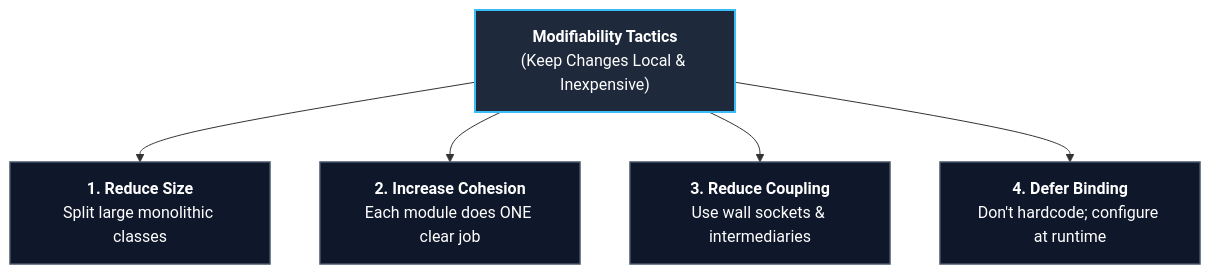
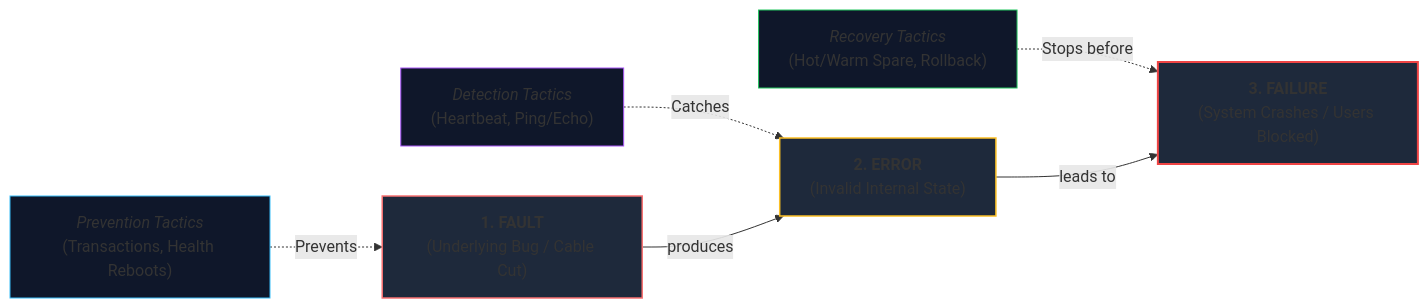
The second of 2 diagrams in Software Architectures/Lecture 2/Lecture_02_Notes.md (shreyash2601/bits-notes), drawn with Mermaid before and after one commit. The commit also changed other lines of this file and 31 other files, not shown here.

````diff
--- a/Software Architectures/Lecture 2/Lecture_02_Notes.md
+++ b/Software Architectures/Lecture 2/Lecture_02_Notes.md
@@ -487,15 +212,20 @@
 ```mermaid
-graph TD
-    MOD["<b>Modifiability Tactics</b><br/>(Keep Changes Local & Inexpensive)"]
+flowchart LR
+    FAULT["<b>1. FAULT</b><br/>(Underlying Bug / Cable Cut)"]
+    ERROR["<b>2. ERROR</b><br/>(Invalid Internal State)"]
+    FAILURE["<b>3. FAILURE</b><br/>(System Crashes / Users Blocked)"]
 
-    MOD --> SIZ["<b>1. Reduce Size</b><br/>Split large monolithic classes"]
-    MOD --> COH["<b>2. Increase Cohesion</b><br/>Each module does ONE clear job"]
-    MOD --> CPL["<b>3. Reduce Coupling</b><br/>Use wall sockets & intermediaries"]
-    MOD --> DEF["<b>4. Defer Binding</b><br/>Don't hardcode; configure at runtime"]
+    PREVENT["<i>Prevention Tactics</i><br/>(Transactions, Health Reboots)"] -.->|Prevents| FAULT
+    DETECT["<i>Detection Tactics</i><br/>(Heartbeat, Ping/Echo)"] -.->|Catches| ERROR
+    RECOVER["<i>Recovery Tactics</i><br/>(Hot/Warm Spare, Rollback)"] -.->|Stops before| FAILURE
 
-    style MOD fill:#1e293b,stroke:#38bdf8,stroke-width:2px,color:#ffffff
-    style SIZ fill:#0f172a,stroke:#475569,stroke-width:1.5px,color:#ffffff
-    style COH fill:#0f172a,stroke:#475569,stroke-width:1.5px,color:#ffffff
-    style CPL fill:#0f172a,stroke:#475569,stroke-width:1.5px,color:#ffffff
-    style DEF fill:#0f172a,stroke:#475569,stroke-width:1.5px,color:#ffffff
+    FAULT -->|produces| ERROR
+    ERROR -->|leads to| FAILURE
+
+    style FAULT fill:#1e293b,stroke:#f87171,stroke-width:1.5px
+    style ERROR fill:#1e293b,stroke:#fbbf24,stroke-width:1.5px
+    style FAILURE fill:#1e293b,stroke:#ef4444,stroke-width:2px
+    style PREVENT fill:#0f172a,stroke:#38bdf8,stroke-width:1px
+    style DETECT fill:#0f172a,stroke:#a855f7,stroke-width:1px
+    style RECOVER fill:#0f172a,stroke:#22c55e,stroke-width:1px
 ```
````
